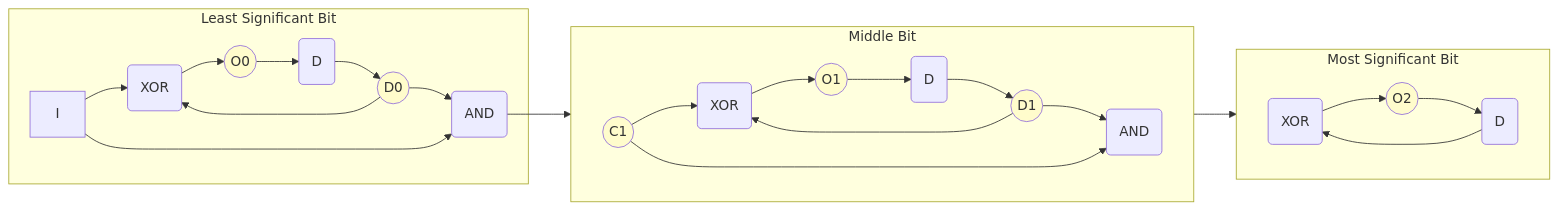
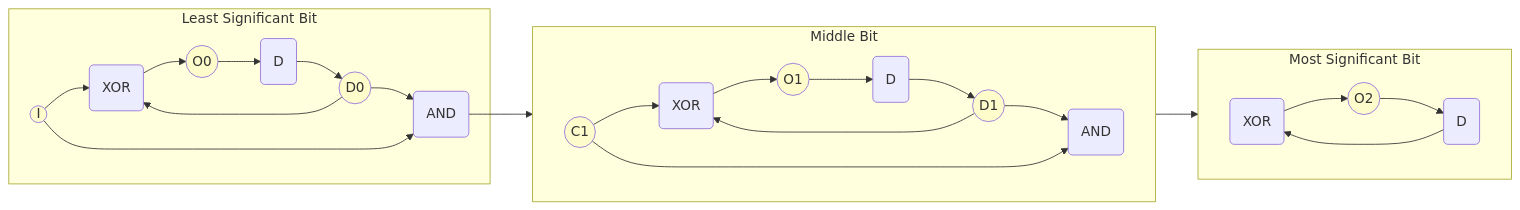
Before and after one commit to geraw/logic_simulator: the diagram in webui/README.md, drawn with Mermaid. The commit also changed other lines of this file, not shown here.

Commit message:
Enhance counter circuit diagram annotations for clarity and include input signal representation

````diff
--- a/webui/README.md
+++ b/webui/README.md
@@ -91,37 +91,37 @@
 ```mermaid
 graph LR
 
         subgraph Least Significant Bit 
             XOR0 --> O0((O0))
             D0 --> XOR0(XOR)
             O0 --> DD0(D) --> D0((D0))
-            I --> XOR0
+            I((I)) --> XOR0
             D0 --> AND0(AND)
             I --> AND0
         end
 
         AND0 --> C1((C1))
 
         subgraph Middle Bit
             direction LR
             XOR1 --> O1((O1))
             D1 --> XOR1(XOR)
             O1 -->  DD1(D) --> D1((D1))
             C1 --> XOR1(XOR)
             D1 --> AND1(AND)
             C1 --> AND1
         end
 
 
         subgraph Most Significant Bit
             direction LR
             XOR2 --> O2((O2))
             D2 --> XOR2(XOR)
             O2 -->  D2(D)
             AND1 --> XOR2 
         end
 
 
     classDef highlight fill:#fffccc;
-    class O0,O1,O2,D0,D1,C1 highlight;
+    class O0,O1,O2,D0,D1,C1,I highlight;
 ```
````
